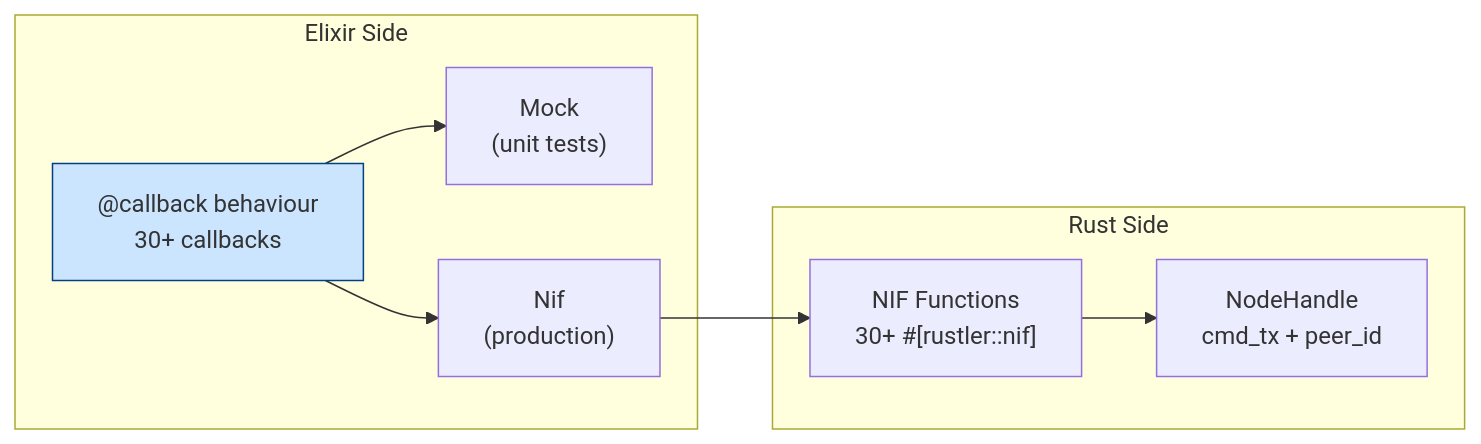
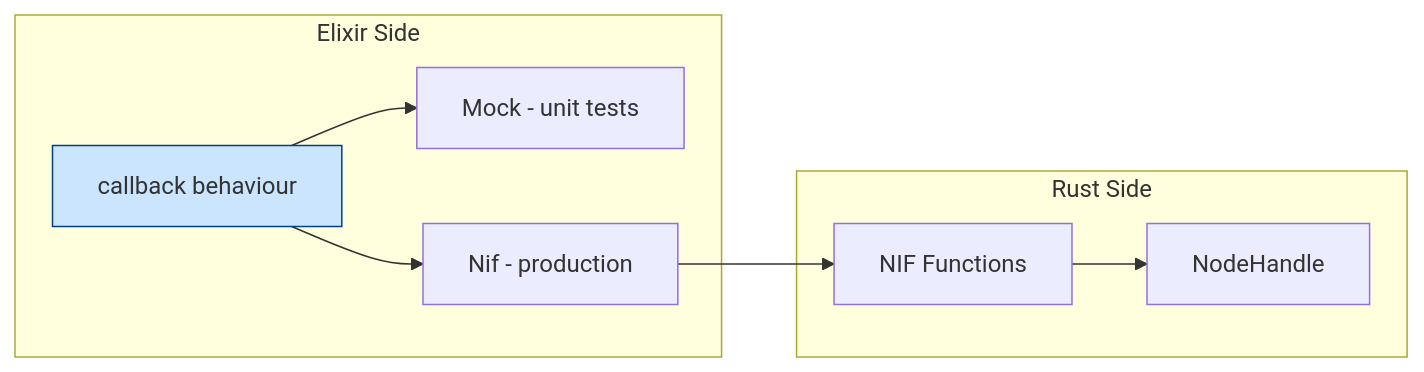
One commit to BadBeta/experimental_ex_libp2p changed the fifth of 13 diagrams in ARCHITECTURE.md. Above: the diagram before and after it, drawn with Mermaid. The commit also changed other lines of this file, not shown here.

First line of the commit message:
Fix GitHub Mermaid rendering — remove special chars from sequence diagrams

````diff
--- a/ARCHITECTURE.md
+++ b/ARCHITECTURE.md
@@ -151,21 +147,21 @@
 ```mermaid
 flowchart LR
     subgraph Elixir["Elixir Side"]
-        Behaviour["@callback behaviour<br/>30+ callbacks"]
-        Mock["Mock<br/>(unit tests)"]
-        Nif["Nif<br/>(production)"]
+        Behaviour["callback behaviour"]
+        Mock["Mock - unit tests"]
+        Nif["Nif - production"]
     end
 
     subgraph Rust["Rust Side"]
-        NIFs["NIF Functions<br/>30+ #[rustler::nif]"]
-        Handle["NodeHandle<br/>cmd_tx + peer_id"]
+        NIFs["NIF Functions"]
+        Handle["NodeHandle"]
     end
 
     Behaviour --> Mock
     Behaviour --> Nif
     Nif --> NIFs
     NIFs --> Handle
 
     classDef port fill:#cce5ff,stroke:#004085
     class Behaviour port
 ```
````
